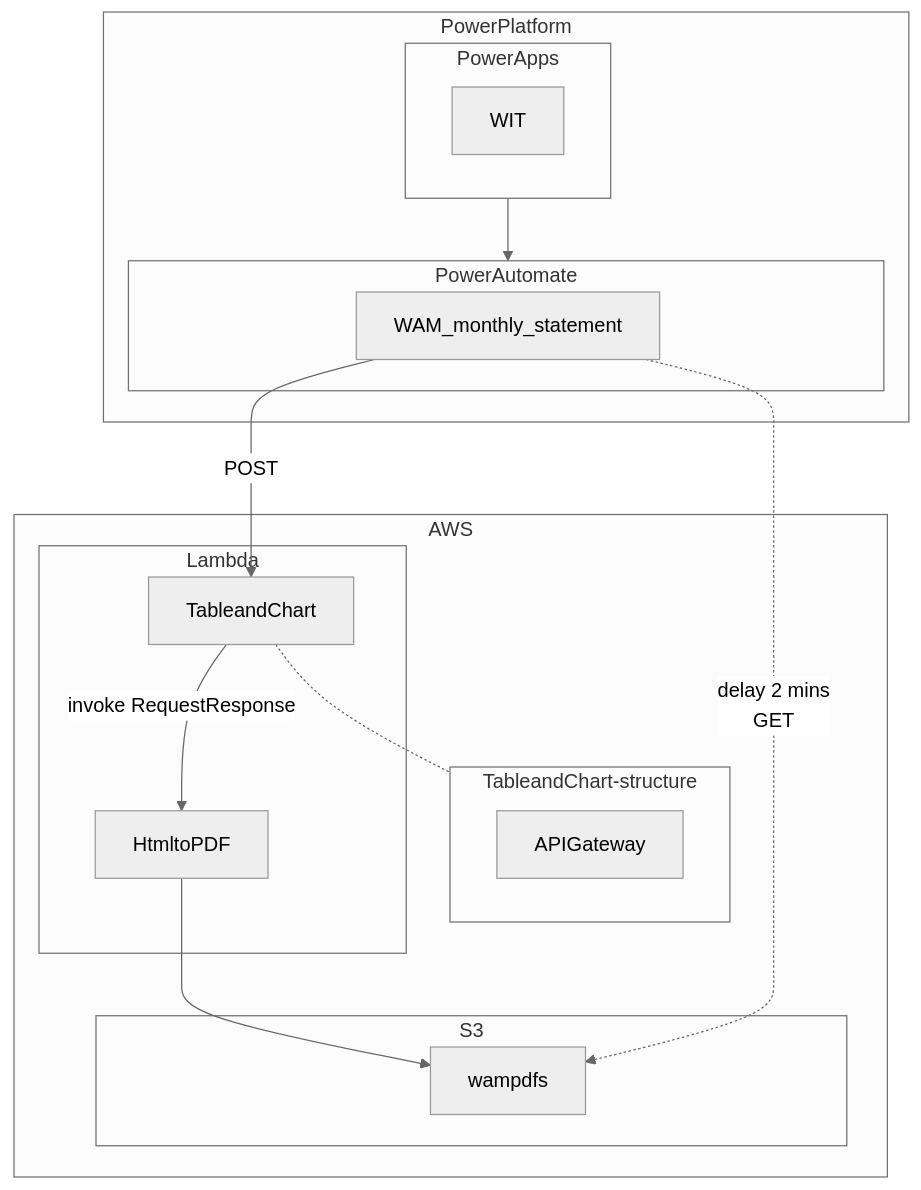
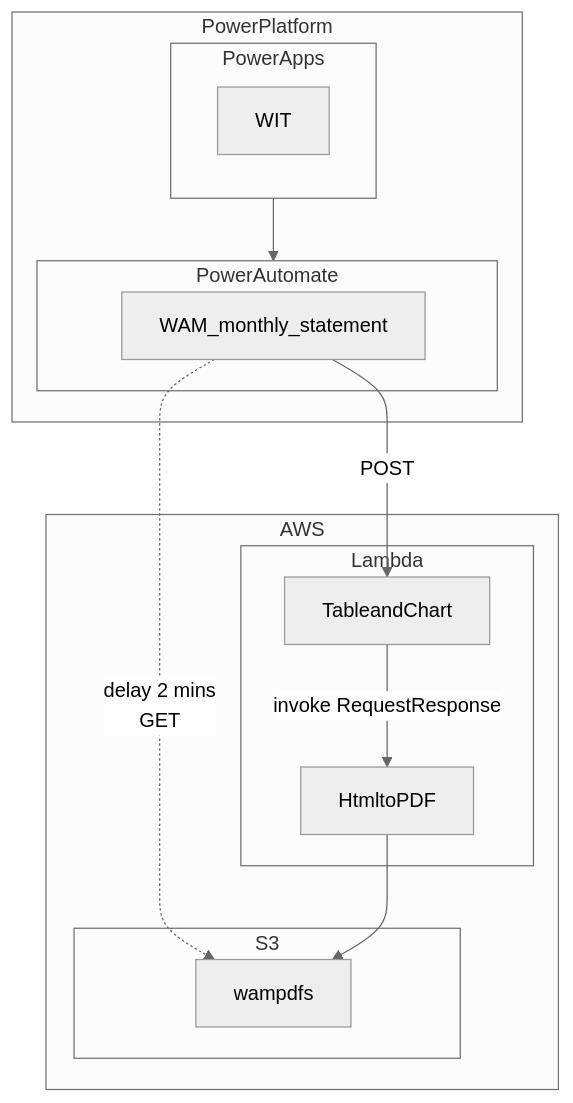
Before and after one commit to chienhsiang-hung/blog: the diagram in content/posts/2023/draft - aws making consolidated report/index.md, drawn with Mermaid (neutral theme).

```diff
--- a/content/posts/2023/draft - aws making consolidated report/index.md
+++ b/content/posts/2023/draft - aws making consolidated report/index.md
@@ -15,31 +15,25 @@
 {{< mermaid >}}
 flowchart TD
   subgraph PowerPlatform
     subgraph PowerApps
       WIT
     end
     PowerApps --> PowerAutomate
     subgraph PowerAutomate
       WAM_monthly_statement
     end
   end
   
   WAM_monthly_statement -- "POST" --> TableandChart
   WAM_monthly_statement -. "delay 2 mins <br>GET" .-> wampdfs
 
   subgraph AWS
     subgraph Lambda
       TableandChart -- "invoke RequestResponse" --> HtmltoPDF
     end
-    TableandChart -.- TableandChart-structure
-    subgraph TableandChart-structure
-      APIGateway
-    end
-
     HtmltoPDF --> wampdfs
-
     subgraph S3
       wampdfs
     end
   end
 {{< /mermaid >}}
```
